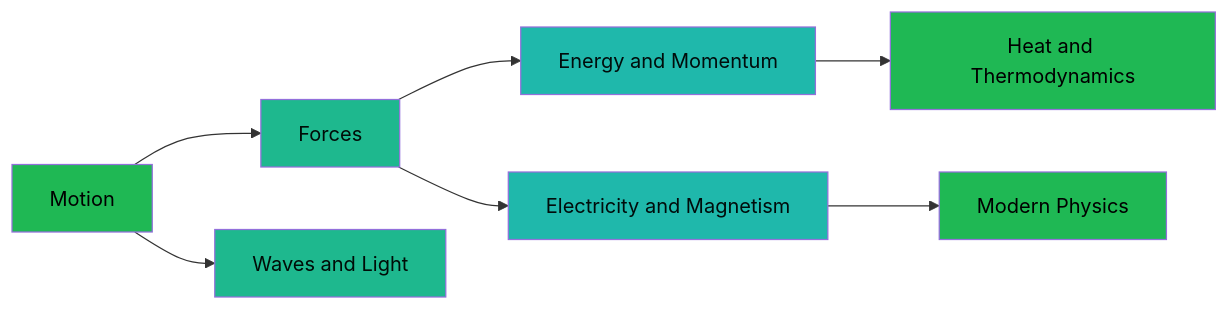
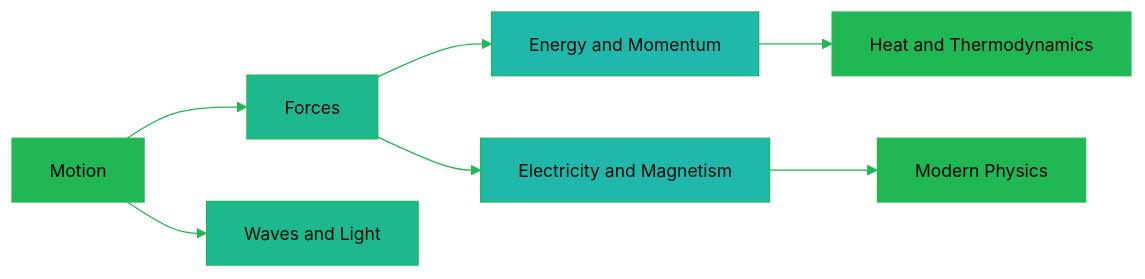
One commit to oat431/general-knowledge changed the diagram in Science/Cheat_Sheet/01_Physics_Motion_and_Energy.md. Above: the diagram before and after it, drawn with Mermaid. The commit also changed other lines of this file and 113 other files, not shown here.

````diff
--- a/Science/Cheat_Sheet/01_Physics_Motion_and_Energy.md
+++ b/Science/Cheat_Sheet/01_Physics_Motion_and_Energy.md
@@ -26,17 +26,18 @@
 ```mermaid
+%%{init: {'theme':'base','themeVariables':{'primaryColor':'#19362D','primaryTextColor':'#CDD3D1','primaryBorderColor':'#1FB854','lineColor':'#1FB854','background':'#1B1717','mainBkg':'#19362D','clusterBkg':'#161212','edgeLabelBackground':'#161212','titleColor':'#1FB854','fontSize':'14px'}}}%%
 flowchart LR
     A[Motion] --> B[Forces]
     B --> C[Energy and Momentum]
     C --> D[Heat and Thermodynamics]
     A --> E[Waves and Light]
     B --> F[Electricity and Magnetism]
     F --> G[Modern Physics]
 
     style A fill:#1FB854,color:#000000
     style B fill:#1EB88E,color:#000C07
-    style C fill:#1FB8AB,color:#010C0B
+    style C fill:#1FB8AB,color:#000C07
     style D fill:#1FB854,color:#000000
     style E fill:#1EB88E,color:#000C07
-    style F fill:#1FB8AB,color:#010C0B
+    style F fill:#1FB8AB,color:#000C07
     style G fill:#1FB854,color:#000000
 ```
````
